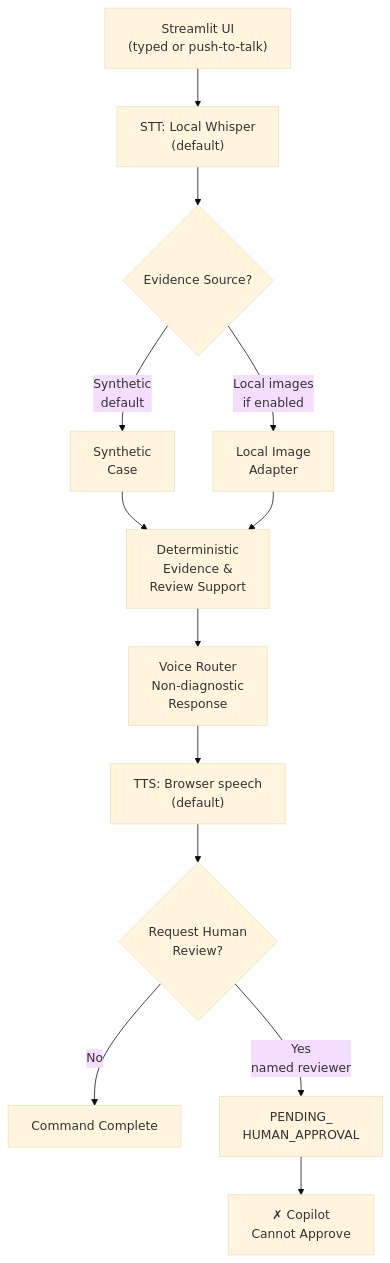
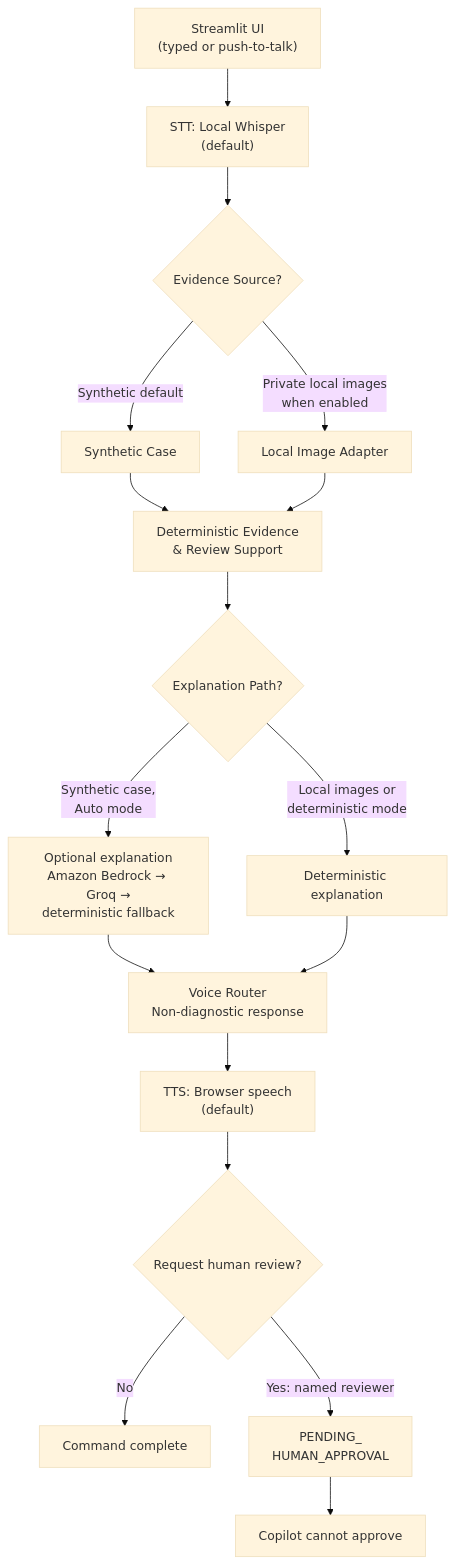
One commit to draculess99/MRI-Vision-Core changed the diagram in hackathon/amazon_alexa/README.md. Above: the diagram before and after it, drawn with Mermaid (base theme).

Commit message:
docs(alexa): document optional explanation fallback

````diff
--- a/hackathon/amazon_alexa/README.md
+++ b/hackathon/amazon_alexa/README.md
@@ -86,16 +86,25 @@
 ```mermaid
 graph TD
     A["Streamlit UI<br/>(typed or push-to-talk)"]
     A --> B["STT: Local Whisper<br/>(default)"]
     B --> C{"Evidence Source?"}
-    C -->|Synthetic<br/>default| D["Synthetic<br/>Case"]
-    C -->|Local images<br/>if enabled| E["Local Image<br/>Adapter"]
-    D --> F["Deterministic<br/>Evidence &<br/>Review Support"]
+
+    C -->|Synthetic default| D["Synthetic Case"]
+    C -->|Private local images<br/>when enabled| E["Local Image Adapter"]
+
+    D --> F["Deterministic Evidence<br/>& Review Support"]
     E --> F
-    F --> G["Voice Router<br/>Non-diagnostic<br/>Response"]
-    G --> H["TTS: Browser speech<br/>(default)"]
-    H --> I{"Request Human<br/>Review?"}
-    I -->|No| J["Command Complete"]
-    I -->|Yes<br/>named reviewer| K["PENDING_<br/>HUMAN_APPROVAL"]
-    K --> L["✗ Copilot<br/>Cannot Approve"]
+
+    F --> G{"Explanation Path?"}
+    G -->|Synthetic case,<br/>Auto mode| H["Optional explanation<br/>Amazon Bedrock → Groq →<br/>deterministic fallback"]
+    G -->|Local images or<br/>deterministic mode| I["Deterministic explanation"]
+
+    H --> J["Voice Router<br/>Non-diagnostic response"]
+    I --> J
+    J --> K["TTS: Browser speech<br/>(default)"]
+
+    K --> L{"Request human review?"}
+    L -->|No| M["Command complete"]
+    L -->|Yes: named reviewer| N["PENDING_<br/>HUMAN_APPROVAL"]
+    N --> O["Copilot cannot approve"]
 ```
````
